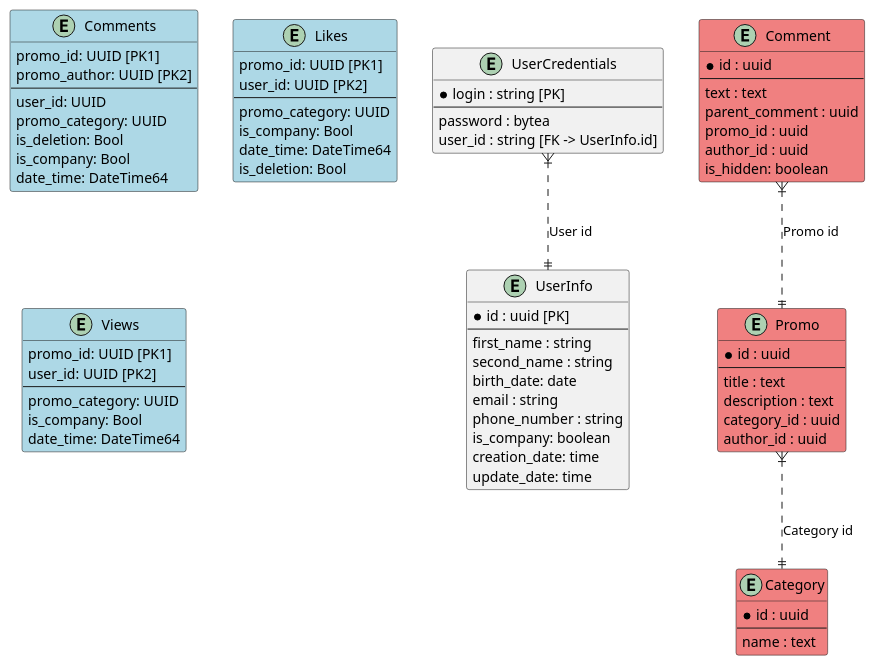
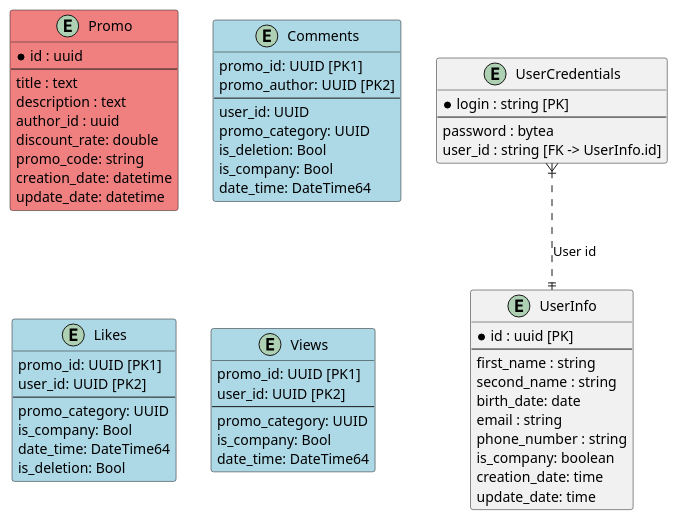
The diagram in doc/scheme.puml (danilabokhanov/loyatly-program-platform), drawn with PlantUML before and after one commit. The commit also changed 6 other files, not shown here.

```diff
--- a/doc/scheme.puml
+++ b/doc/scheme.puml
@@ -1,84 +1,68 @@
 @startuml
 
 entity "UserInfo" {
     * id : uuid [PK]
     --
     first_name : string
     second_name : string
     birth_date: date
     email : string
     phone_number : string
     is_company: boolean
     creation_date: time
     update_date: time
 }
 
 entity "UserCredentials" {
     * login : string [PK]
     --
     password : bytea
     user_id : string [FK -> UserInfo.id]
 }
 
 UserCredentials }|..|| UserInfo : "User id"
 
 entity Promo #lightcoral {
     *id : uuid
     --
     title : text
     description : text
-    category_id : uuid
     author_id : uuid
+    discount_rate: double
+    promo_code: string
+    creation_date: datetime
+    update_date: datetime
 }
-
-entity Category #lightcoral {
-    *id : uuid
-    --
-    name : text
-}
-
-entity Comment #lightcoral {
-    *id : uuid
-    --
-    text : text
-    parent_comment : uuid
-    promo_id : uuid
-    author_id : uuid
-    is_hidden: boolean
-}
-
-Promo }|..|| Category : "Category id"
-Comment }|..|| Promo : "Promo id"
 
 entity Comments #lightblue {
     promo_id: UUID [PK1]
     promo_author: UUID [PK2]
     --
     user_id: UUID
     promo_category: UUID
     is_deletion: Bool
     is_company: Bool
     date_time: DateTime64
 }
 
 entity Likes #lightblue {
     promo_id: UUID [PK1]
     user_id: UUID [PK2]
     --
     promo_category: UUID
     is_company: Bool
     date_time: DateTime64
     is_deletion: Bool
 }
 
 entity Views #lightblue {
     promo_id: UUID [PK1]
     user_id: UUID [PK2]
     --
     promo_category: UUID
     is_company: Bool
     date_time: DateTime64
 }
 
 
 @enduml
```
